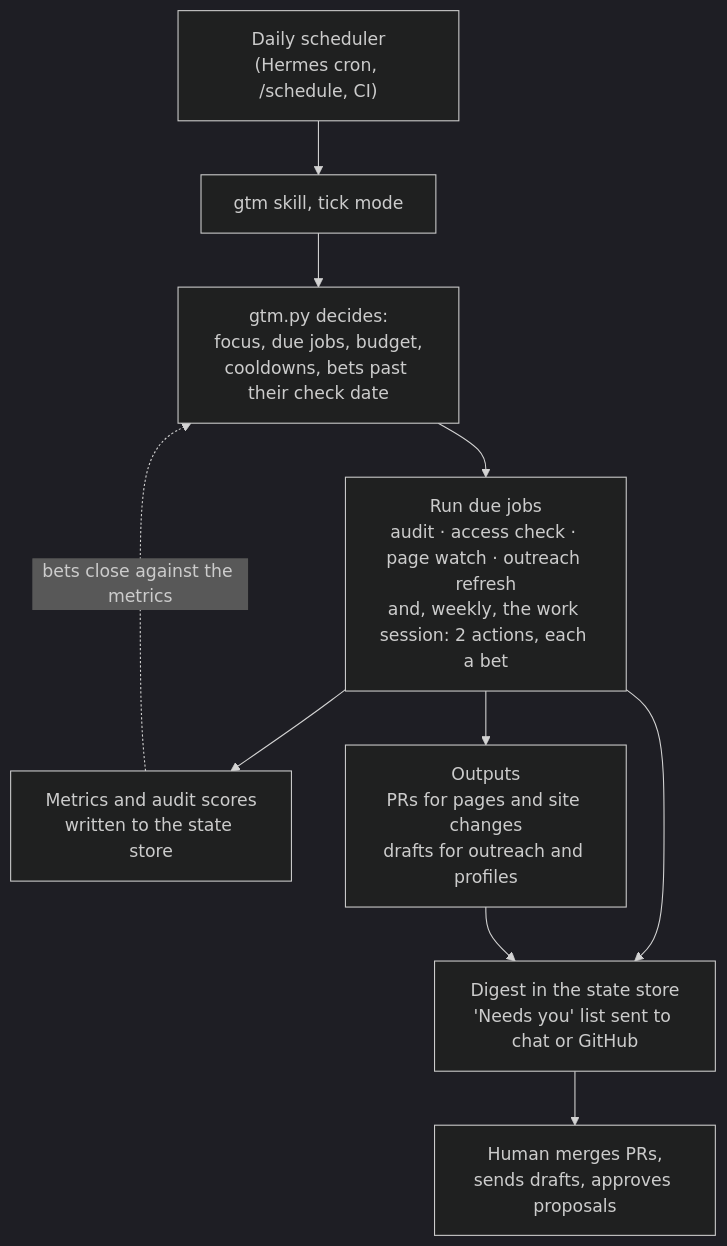
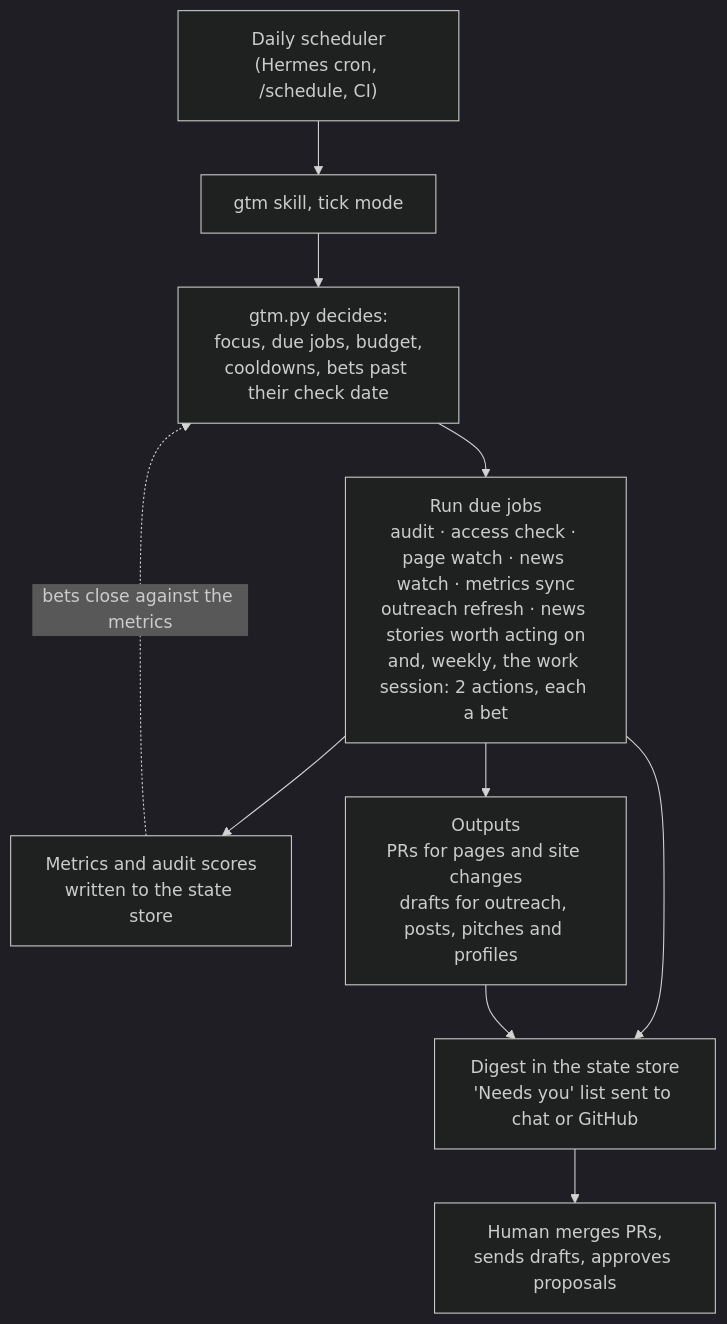
The second of 2 diagrams in README.md (williampsmith/marketing-skills), drawn with Mermaid (dark theme) before and after one commit. The commit also changed 10 other files, not shown here.

````diff
--- a/README.md
+++ b/README.md
@@ -45,13 +45,13 @@
 ```mermaid
 flowchart TD
     A["Daily scheduler<br/>(Hermes cron, /schedule, CI)"] --> B["gtm skill, tick mode"]
     B --> C["gtm.py decides:<br/>focus, due jobs, budget,<br/>cooldowns, bets past their check date"]
-    C --> D["Run due jobs<br/>audit · access check · page watch · outreach refresh<br/>and, weekly, the work session: 2 actions, each a bet"]
+    C --> D["Run due jobs<br/>audit · access check · page watch · news watch · metrics sync<br/>outreach refresh · news stories worth acting on<br/>and, weekly, the work session: 2 actions, each a bet"]
     D --> E["Metrics and audit scores<br/>written to the state store"]
     D --> F
-    F["Outputs<br/>PRs for pages and site changes<br/>drafts for outreach and profiles"]
+    F["Outputs<br/>PRs for pages and site changes<br/>drafts for outreach, posts, pitches and profiles"]
     D --> G["Digest in the state store<br/>'Needs you' list sent to chat or GitHub"]
     F --> G
     G --> H["Human merges PRs,<br/>sends drafts, approves proposals"]
     E -.->|"bets close against the metrics"| C
 ```
````
